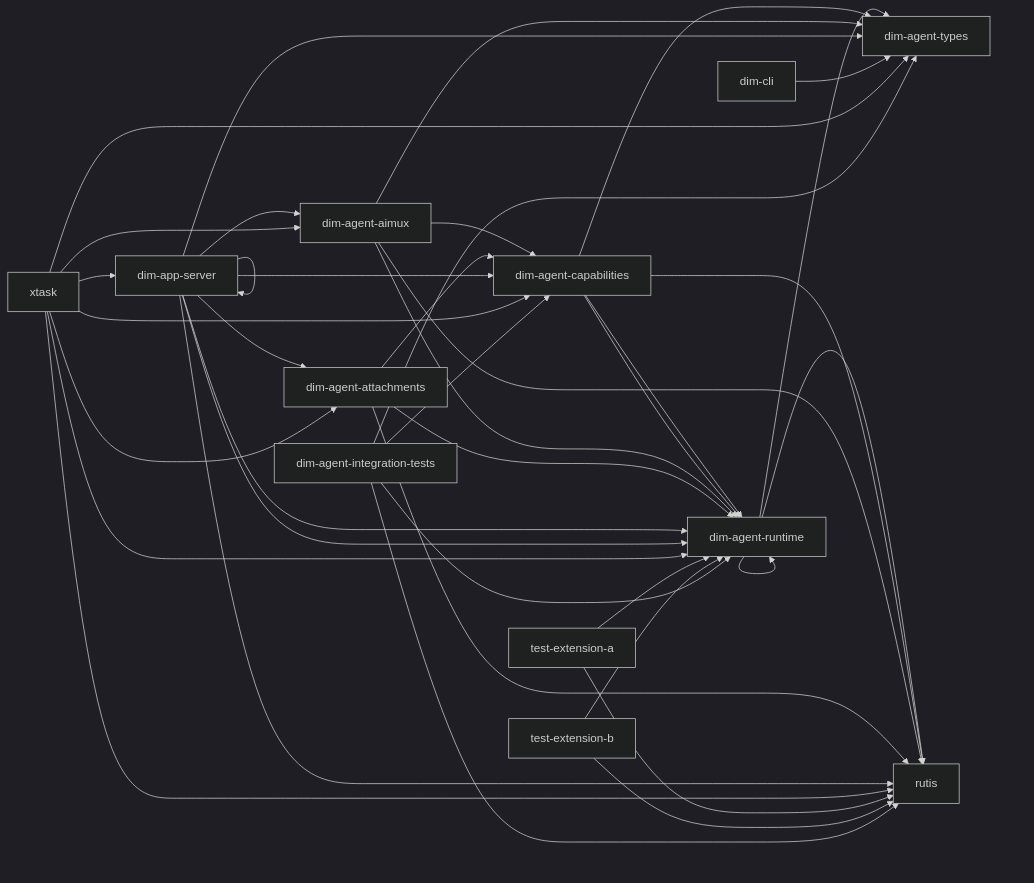
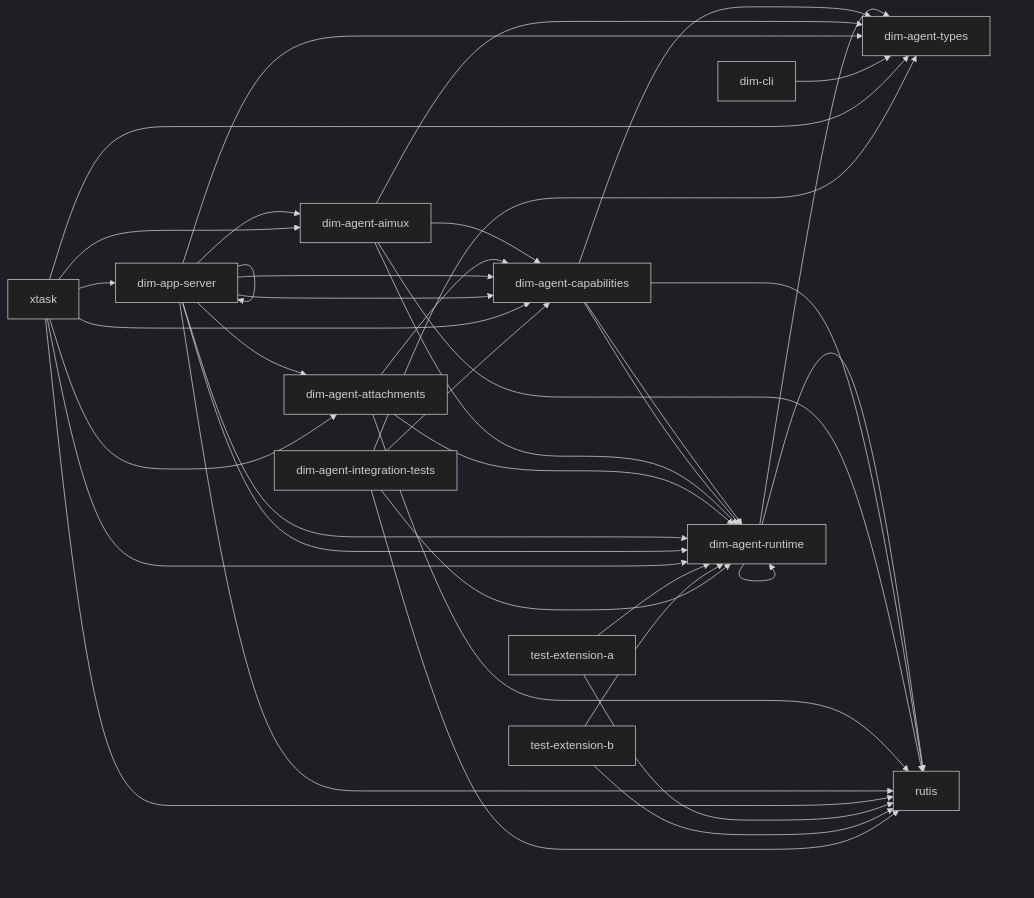
One commit to CoutinhoTTS/dim-agent changed the diagram in docs/architecture/rust-agent/generated/crates.mmd. Above: the diagram before and after it, drawn with Mermaid (dark theme). The commit also changed 10 other files, not shown here.

```diff
--- a/docs/architecture/rust-agent/generated/crates.mmd
+++ b/docs/architecture/rust-agent/generated/crates.mmd
@@ -1,40 +1,41 @@
 %% Generated from cargo metadata; do not edit.
 flowchart LR
   dim_agent_runtime["dim-agent-runtime"] --> dim_agent_types["dim-agent-types"]
   dim_agent_runtime["dim-agent-runtime"] --> rutis["rutis"]
   dim_agent_runtime["dim-agent-runtime"] --> dim_agent_runtime["dim-agent-runtime"]
   dim_agent_capabilities["dim-agent-capabilities"] --> dim_agent_runtime["dim-agent-runtime"]
   dim_agent_capabilities["dim-agent-capabilities"] --> dim_agent_types["dim-agent-types"]
   dim_agent_capabilities["dim-agent-capabilities"] --> rutis["rutis"]
   dim_agent_capabilities["dim-agent-capabilities"] --> dim_agent_runtime["dim-agent-runtime"]
   dim_agent_aimux["dim-agent-aimux"] --> dim_agent_capabilities["dim-agent-capabilities"]
   dim_agent_aimux["dim-agent-aimux"] --> dim_agent_runtime["dim-agent-runtime"]
   dim_agent_aimux["dim-agent-aimux"] --> dim_agent_types["dim-agent-types"]
   dim_agent_aimux["dim-agent-aimux"] --> rutis["rutis"]
   dim_agent_attachments["dim-agent-attachments"] --> dim_agent_capabilities["dim-agent-capabilities"]
   dim_agent_attachments["dim-agent-attachments"] --> dim_agent_runtime["dim-agent-runtime"]
   dim_agent_attachments["dim-agent-attachments"] --> rutis["rutis"]
   dim_app_server["dim-app-server"] --> dim_agent_aimux["dim-agent-aimux"]
   dim_app_server["dim-app-server"] --> dim_agent_attachments["dim-agent-attachments"]
   dim_app_server["dim-app-server"] --> dim_agent_capabilities["dim-agent-capabilities"]
   dim_app_server["dim-app-server"] --> dim_agent_runtime["dim-agent-runtime"]
   dim_app_server["dim-app-server"] --> dim_agent_types["dim-agent-types"]
   dim_app_server["dim-app-server"] --> rutis["rutis"]
+  dim_app_server["dim-app-server"] --> dim_agent_capabilities["dim-agent-capabilities"]
   dim_app_server["dim-app-server"] --> dim_agent_runtime["dim-agent-runtime"]
   dim_app_server["dim-app-server"] --> dim_app_server["dim-app-server"]
   dim_cli["dim-cli"] --> dim_agent_types["dim-agent-types"]
   xtask["xtask"] --> dim_agent_aimux["dim-agent-aimux"]
   xtask["xtask"] --> dim_agent_attachments["dim-agent-attachments"]
   xtask["xtask"] --> dim_agent_capabilities["dim-agent-capabilities"]
   xtask["xtask"] --> dim_agent_runtime["dim-agent-runtime"]
   xtask["xtask"] --> dim_agent_types["dim-agent-types"]
   xtask["xtask"] --> dim_app_server["dim-app-server"]
   xtask["xtask"] --> rutis["rutis"]
   test_extension_a["test-extension-a"] --> dim_agent_runtime["dim-agent-runtime"]
   test_extension_a["test-extension-a"] --> rutis["rutis"]
   test_extension_b["test-extension-b"] --> dim_agent_runtime["dim-agent-runtime"]
   test_extension_b["test-extension-b"] --> rutis["rutis"]
   dim_agent_integration_tests["dim-agent-integration-tests"] --> dim_agent_capabilities["dim-agent-capabilities"]
   dim_agent_integration_tests["dim-agent-integration-tests"] --> dim_agent_runtime["dim-agent-runtime"]
   dim_agent_integration_tests["dim-agent-integration-tests"] --> dim_agent_types["dim-agent-types"]
   dim_agent_integration_tests["dim-agent-integration-tests"] --> rutis["rutis"]
```
